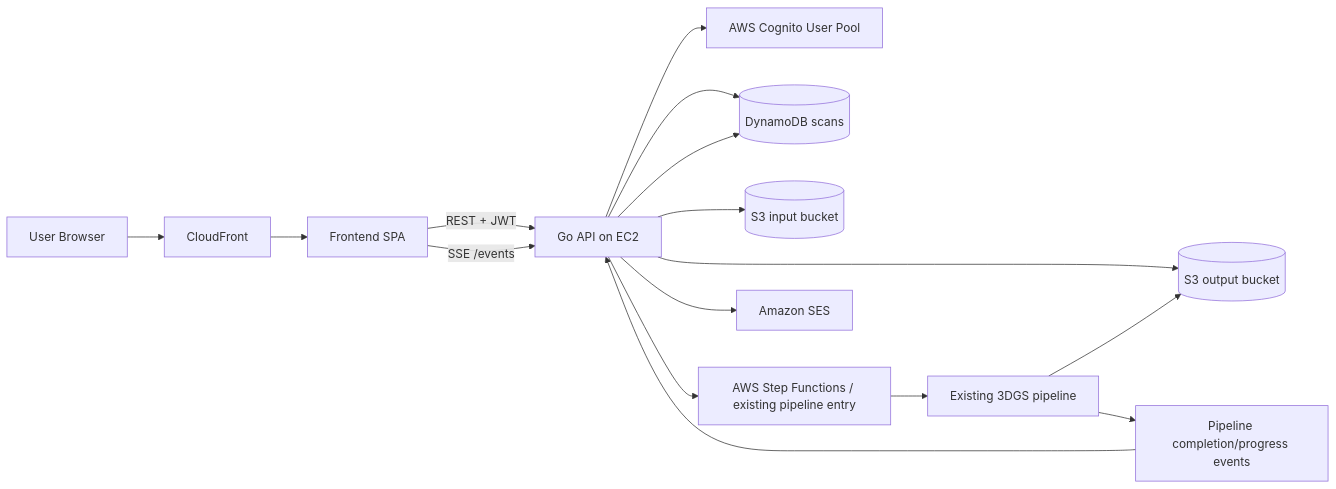
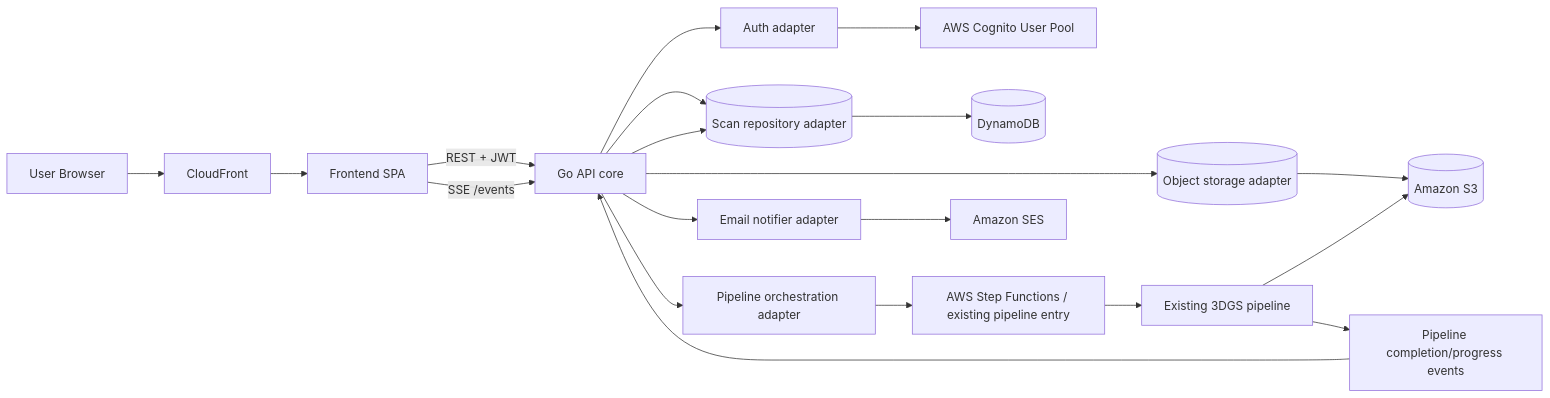
One commit to vinneyto/splatsmith changed the diagram in README.md. Above: the diagram before and after it, drawn with Mermaid. The commit also changed other lines of this file, not shown here.

Commit message:
docs: require standalone backend mode independent of AWS

````diff
--- a/README.md
+++ b/README.md
@@ -41,21 +42,26 @@
 ```mermaid
 flowchart LR
     U[User Browser] --> CF[CloudFront]
     CF --> FE[Frontend SPA]
 
-    FE -->|REST + JWT| API[Go API on EC2]
+    FE -->|REST + JWT| API[Go API core]
     FE -->|SSE /events| API
 
-    API --> COG[AWS Cognito User Pool]
-    API --> DDB[(DynamoDB scans)]
-    API --> S3IN[(S3 input bucket)]
-    API --> S3OUT[(S3 output bucket)]
-    API --> SFN[AWS Step Functions / existing pipeline entry]
-    API --> SES[Amazon SES]
+    API --> AUTH[Auth adapter]
+    API --> DB[(Scan repository adapter)]
+    API --> OBJ[(Object storage adapter)]
+    API --> ORCH[Pipeline orchestration adapter]
+    API --> MAIL[Email notifier adapter]
+
+    AUTH --> COG[AWS Cognito User Pool]
+    DB --> DDB[(DynamoDB)]
+    OBJ --> S3[(Amazon S3)]
+    ORCH --> SFN[AWS Step Functions / existing pipeline entry]
+    MAIL --> SES[Amazon SES]
 
     SFN --> PIPE[Existing 3DGS pipeline]
-    PIPE --> S3OUT
+    PIPE --> S3
     PIPE --> EVT[Pipeline completion/progress events]
     EVT --> API
-    API --> DDB
+    API --> DB
 ```
````
